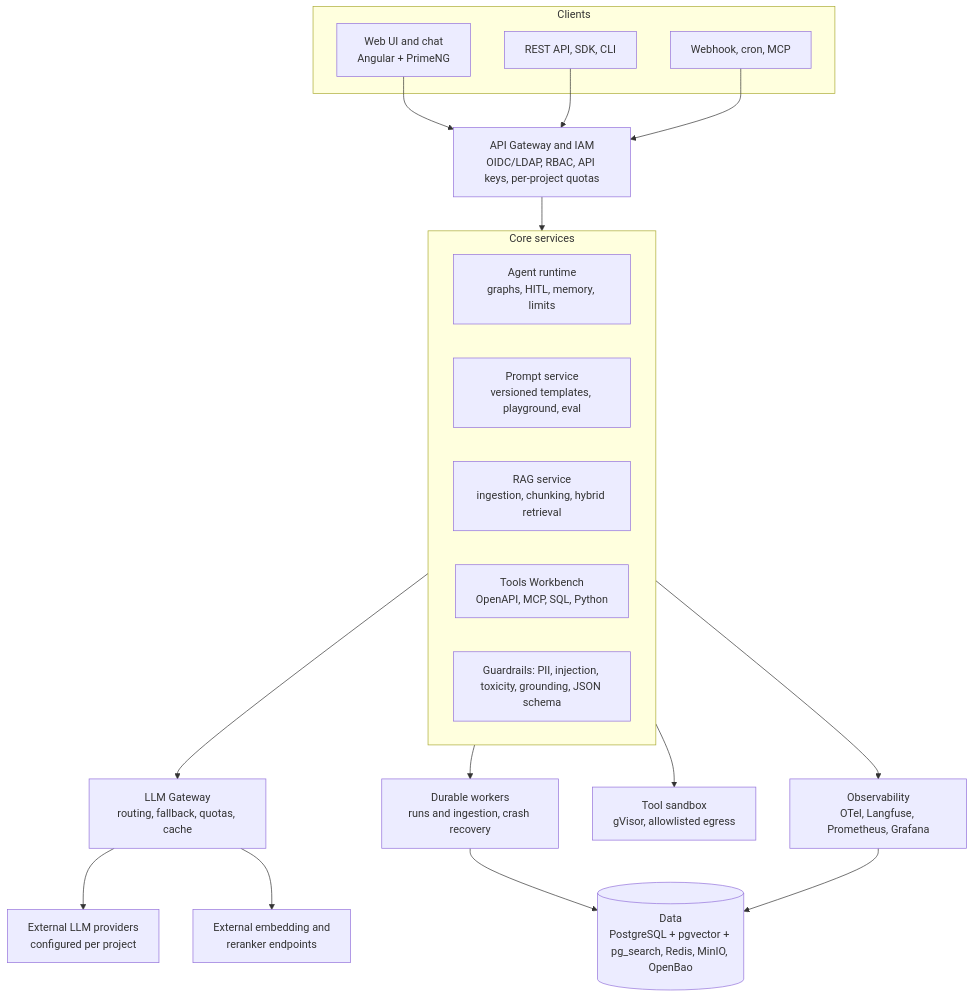
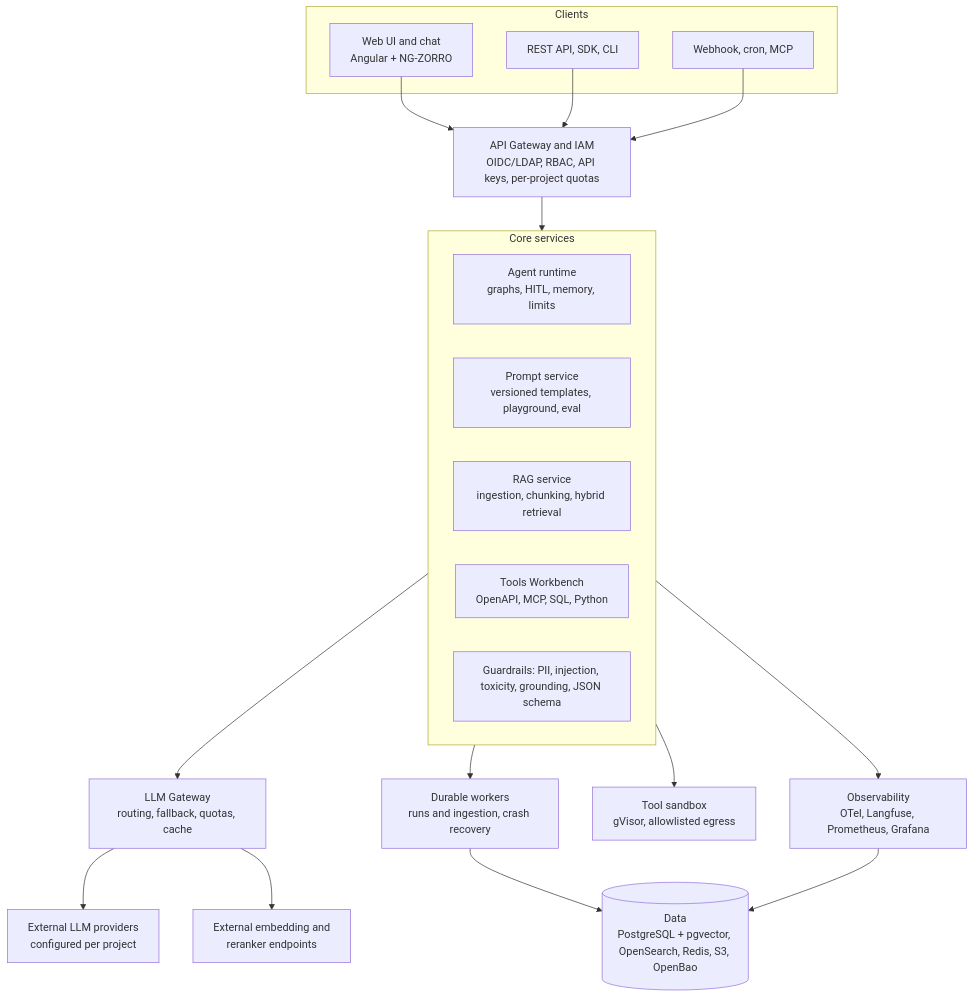
Before and after one commit to lordraw77/Forge: the first of 2 diagrams in docs/specs.md, drawn with Mermaid. The commit also changed other lines of this file and 74 other files, not shown here.

First line of the commit message:
NG-ZORRO on Angular 22; BM25 moves to OpenSearch (ADR-016, ADR-017)

````diff
--- a/docs/specs.md
+++ b/docs/specs.md
@@ -55,40 +55,40 @@
 ```mermaid
 flowchart TB
     subgraph Clients
-        UI[Web UI and chat<br/>Angular + PrimeNG]
+        UI[Web UI and chat<br/>Angular + NG-ZORRO]
         API[REST API, SDK, CLI]
         TRG[Webhook, cron, MCP]
     end
 
     GW[API Gateway and IAM<br/>OIDC/LDAP, RBAC, API keys, per-project quotas]
 
     subgraph Core[Core services]
         AR[Agent runtime<br/>graphs, HITL, memory, limits]
         PS[Prompt service<br/>versioned templates, playground, eval]
         RS[RAG service<br/>ingestion, chunking, hybrid retrieval]
         TW[Tools Workbench<br/>OpenAPI, MCP, SQL, Python]
         GR[Guardrails: PII, injection, toxicity, grounding, JSON schema]
     end
 
     LLM[LLM Gateway<br/>routing, fallback, quotas, cache]
     WK[Durable workers<br/>runs and ingestion, crash recovery]
     SB[Tool sandbox<br/>gVisor, allowlisted egress]
     OBS[Observability<br/>OTel, Langfuse, Prometheus, Grafana]
 
     CM[External LLM providers<br/>configured per project]
     LM[External embedding and<br/>reranker endpoints]
-    DATA[(Data<br/>PostgreSQL + pgvector + pg_search, Redis, MinIO, OpenBao)]
+    DATA[(Data<br/>PostgreSQL + pgvector, OpenSearch, Redis, S3, OpenBao)]
 
     UI --> GW
     API --> GW
     TRG --> GW
     GW --> Core
     Core --> LLM
     Core --> WK
     Core --> SB
     Core --> OBS
     LLM --> CM
     LLM --> LM
     WK --> DATA
     OBS --> DATA
 ```
````
